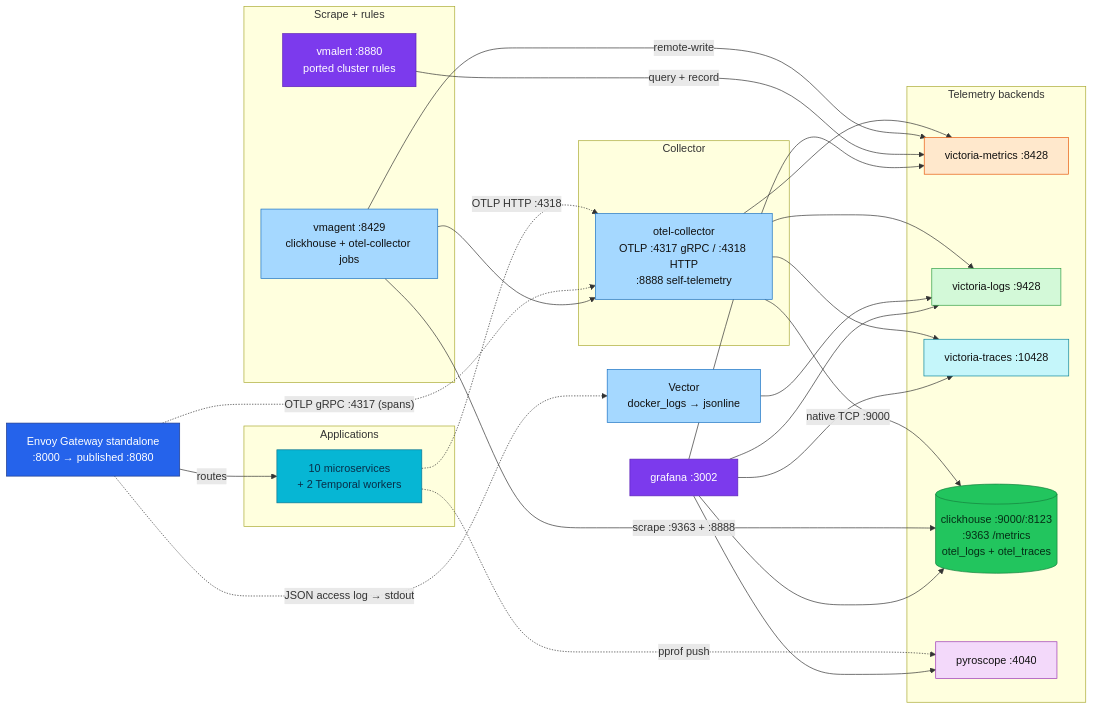
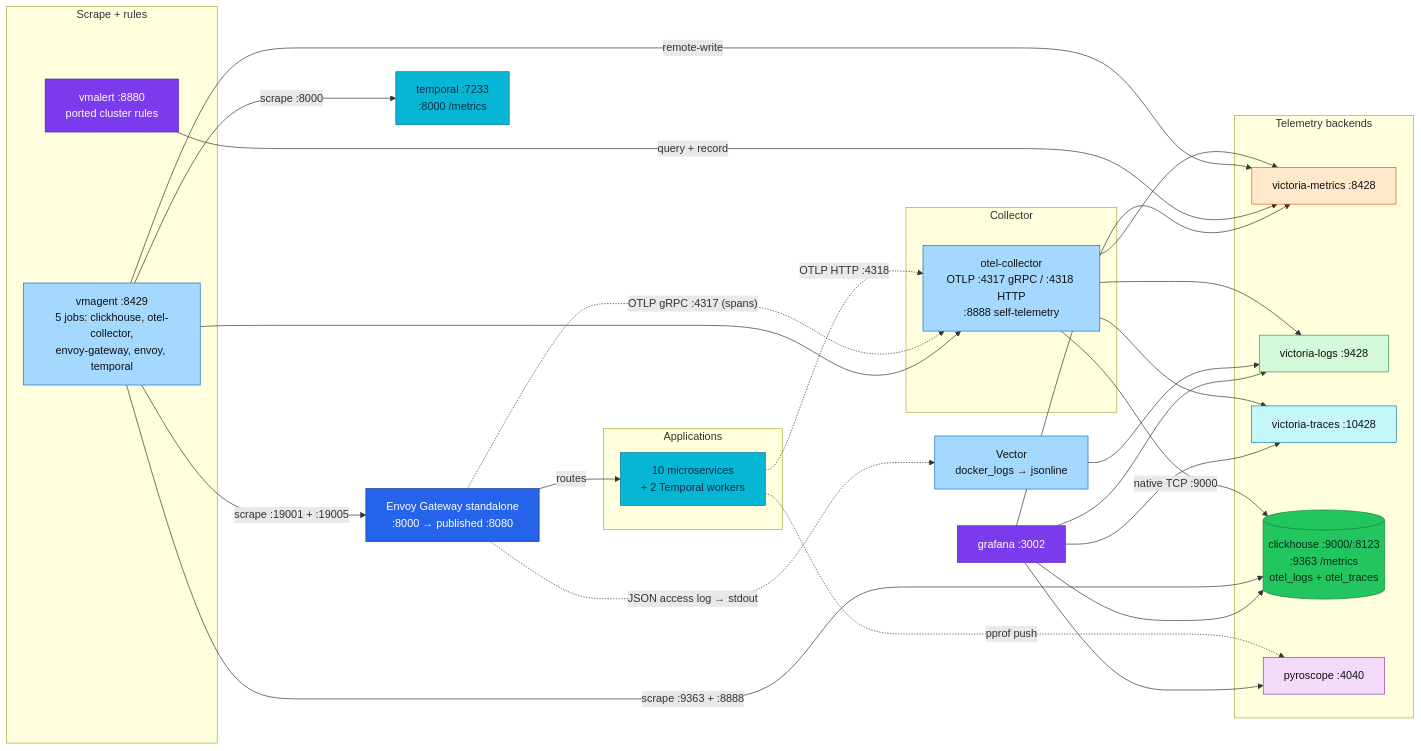
The diagram in local-stack/docs/observability.md (duynhlab/homelab), drawn with Mermaid before and after one commit. The commit also changed other lines of this file and 26 other files, not shown here.

````diff
--- a/local-stack/docs/observability.md
+++ b/local-stack/docs/observability.md
@@ -36,58 +36,62 @@
 ```mermaid
 flowchart LR
   subgraph apps["Applications"]
     SVC["10 microservices<br/>+ 2 Temporal workers"]:::service
   end
 
   EDGE["Envoy Gateway standalone<br/>:8000 → published :8080"]:::edge
 
   subgraph collect["Collector"]
     OTEL["otel-collector<br/>OTLP :4317 gRPC / :4318 HTTP<br/>:8888 self-telemetry"]:::collector
   end
 
   VEC["Vector<br/>docker_logs → jsonline"]:::collector
 
   subgraph scrape["Scrape + rules"]
-    VMA["vmagent :8429<br/>clickhouse + otel-collector jobs"]:::collector
+    VMA["vmagent :8429<br/>5 jobs: clickhouse, otel-collector,<br/>envoy-gateway, envoy, temporal"]:::collector
     VMAL["vmalert :8880<br/>ported cluster rules"]:::platform
   end
 
   subgraph backends["Telemetry backends"]
     VM["victoria-metrics :8428"]:::metric
     VL["victoria-logs :9428"]:::log
     VT["victoria-traces :10428"]:::trace
     CH[("clickhouse :9000/:8123<br/>:9363 /metrics<br/>otel_logs + otel_traces")]:::data
     PY["pyroscope :4040"]:::profile
   end
 
   GR["grafana :3002"]:::platform
 
   EDGE -->|routes| SVC
   SVC -.->|"OTLP HTTP :4318"| OTEL
   EDGE -.->|"OTLP gRPC :4317 (spans)"| OTEL
   EDGE -.->|"JSON access log → stdout"| VEC
   SVC -.->|pprof push| PY
 
   OTEL --> VM
   OTEL --> VL
   OTEL --> VT
   OTEL -->|"native TCP :9000"| CH
   VEC --> VL
 
+  TMP["temporal :7233<br/>:8000 /metrics"]:::service
+
   VMA -->|"scrape :9363 + :8888"| CH
   VMA --> OTEL
+  VMA -->|"scrape :19001 + :19005"| EDGE
+  VMA -->|"scrape :8000"| TMP
   VMA -->|remote-write| VM
   VMAL -->|"query + record"| VM
 
   GR --> VM & VL & VT & CH & PY
 
   classDef edge fill:#2563eb,color:#fff,stroke:#1e3a8a;
   classDef service fill:#06b6d4,color:#082f49,stroke:#0e7490;
   classDef platform fill:#7c3aed,color:#fff,stroke:#5b21b6;
   classDef data fill:#22c55e,color:#052e16,stroke:#15803d;
   classDef metric fill:#ffe8cc,color:#111,stroke:#e8590c;
   classDef log fill:#d3f9d8,color:#111,stroke:#2f9e44;
   classDef trace fill:#c5f6fa,color:#111,stroke:#0c8599;
   classDef profile fill:#f3d9fa,color:#111,stroke:#9c36b5;
   classDef collector fill:#a5d8ff,color:#111,stroke:#1971c2;
 ```
````
